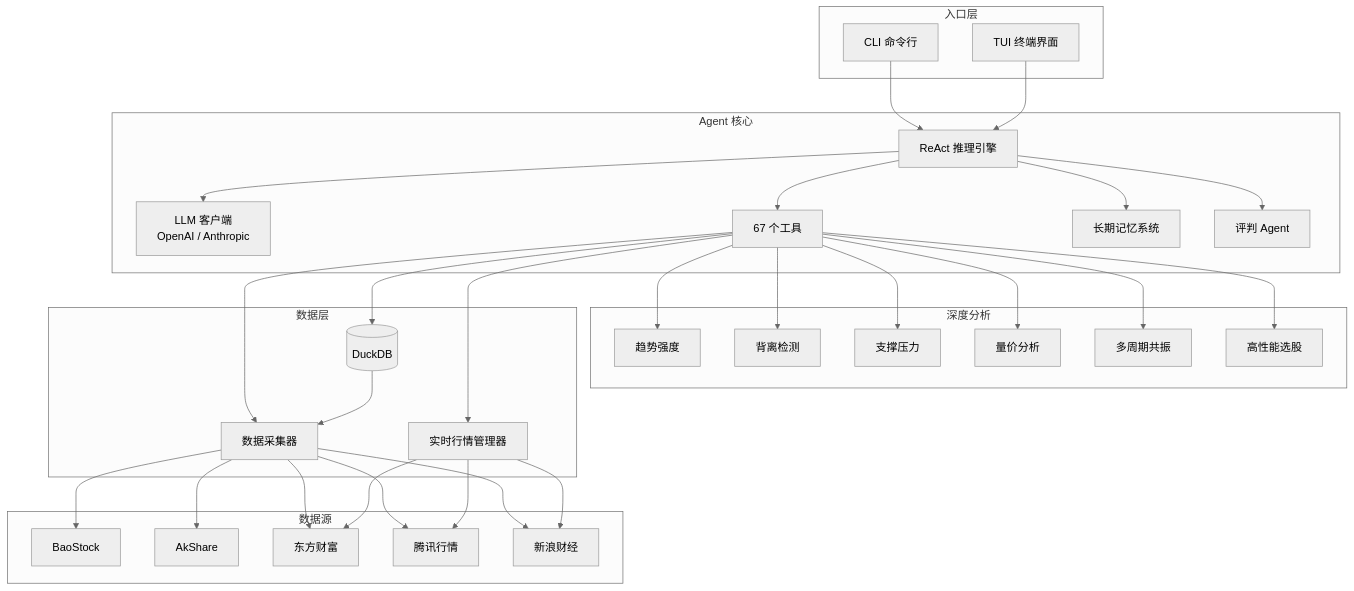
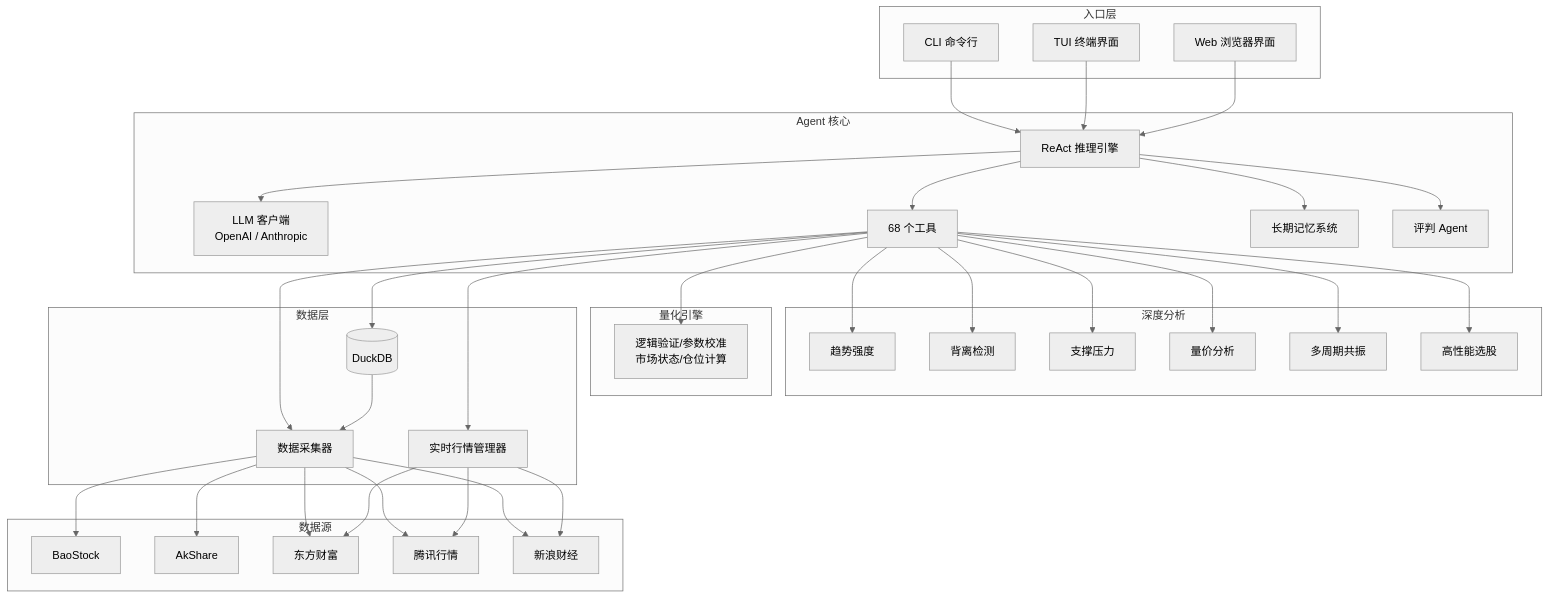
Before and after one commit to wwyharry/DeepPulse: the diagram in README.md, drawn with Mermaid (neutral theme). The commit also changed other lines of this file, not shown here.

````diff
--- a/README.md
+++ b/README.md
@@ -35,50 +36,57 @@
 ```mermaid
 graph TB
     subgraph 入口层
         CLI[CLI 命令行]
         TUI[TUI 终端界面]
+        WEB[Web 浏览器界面]
     end
 
     subgraph Agent 核心
         REACT[ReAct 推理引擎]
         CLIENT[LLM 客户端<br/>OpenAI / Anthropic]
-        TOOLS[67 个工具]
+        TOOLS[68 个工具]
         MEMORY[长期记忆系统]
         JUDGE[评判 Agent]
     end
 
     subgraph 深度分析
         TREND[趋势强度]
         DIV[背离检测]
         SR[支撑压力]
         VP[量价分析]
         CONF[多周期共振]
         SCREEN[高性能选股]
+    end
+
+    subgraph 量化引擎
+        CALC[逻辑验证/参数校准<br/>市场状态/仓位计算]
     end
 
     subgraph 数据层
         DB[(DuckDB)]
         COLLECT[数据采集器]
         REALTIME[实时行情管理器]
     end
 
     subgraph 数据源
         BS[BaoStock]
         AK[AkShare]
         EM[东方财富]
         TX[腾讯行情]
         SINA[新浪财经]
     end
 
     CLI --> REACT
     TUI --> REACT
+    WEB --> REACT
     REACT --> CLIENT
     REACT --> TOOLS
     REACT --> MEMORY
     REACT --> JUDGE
     TOOLS --> TREND & DIV & SR & VP & CONF & SCREEN
+    TOOLS --> CALC
     TOOLS --> DB & REALTIME & COLLECT
     COLLECT --> BS & AK & EM & TX & SINA
     REALTIME --> SINA & TX & EM
     DB --> COLLECT
 ```
````
